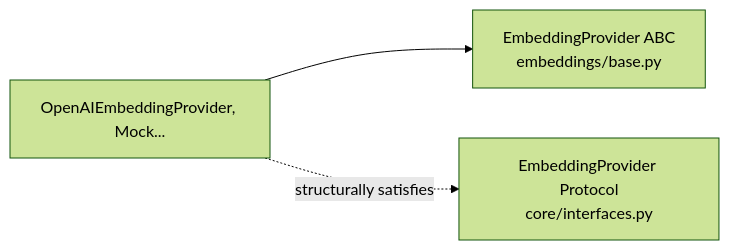
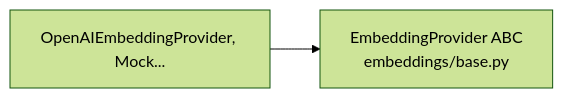
One commit to abdissa-png/UnifiedMemory changed the second of 3 diagrams in docs/inheritance-class-diagrams.md. Above: the diagram before and after it, drawn with Mermaid (forest theme). The commit also changed other lines of this file and 5 other files, not shown here.

First line of the commit message:
docs(architecture): sync diagrams and interface ownership with refactor

````diff
--- a/docs/inheritance-class-diagrams.md
+++ b/docs/inheritance-class-diagrams.md
@@ -38,8 +34,6 @@
 ```mermaid
 flowchart LR
   ABC["EmbeddingProvider ABC\nembeddings/base.py"]
-  PROT["EmbeddingProvider Protocol\ncore/interfaces.py"]
   IMPL["OpenAIEmbeddingProvider, Mock..."]
   IMPL --> ABC
-  IMPL -.->|structurally satisfies| PROT
 ```
````
